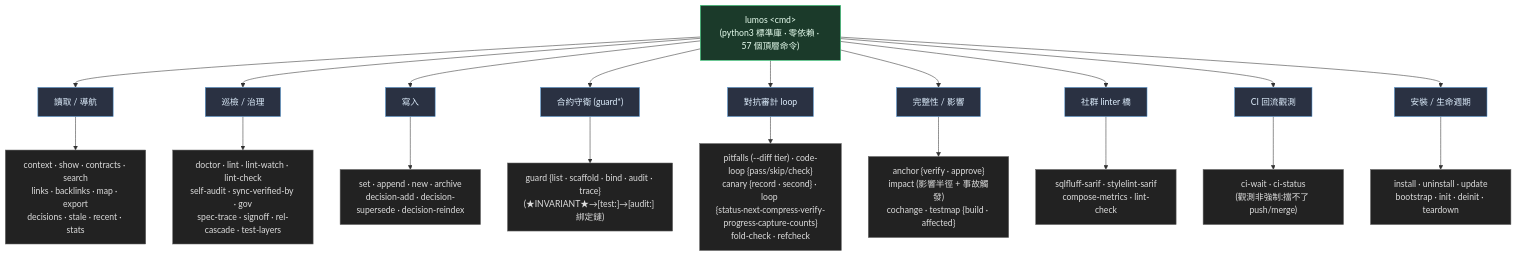
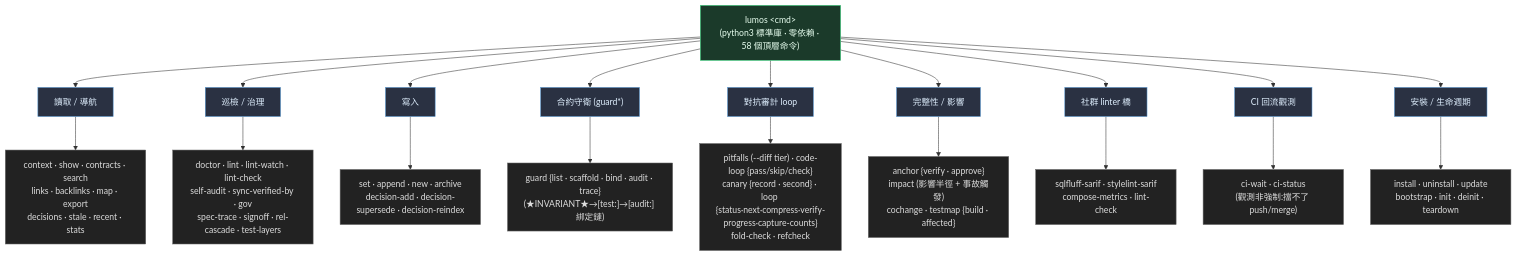
The third of 4 diagrams in ARCHITECTURE.md (EnzoHsieh-Android/Lumos), drawn with Mermaid before and after one commit. The commit also changed other lines of this file and 8 other files, not shown here.

````diff
--- a/ARCHITECTURE.md
+++ b/ARCHITECTURE.md
@@ -99,31 +99,31 @@
 ```mermaid
 flowchart TB
-    ROOT["lumos &lt;cmd&gt;<br/>(python3 標準庫 · 零依賴 · 57 個頂層命令)"]
+    ROOT["lumos &lt;cmd&gt;<br/>(python3 標準庫 · 零依賴 · 58 個頂層命令)"]
 
     ROOT --> READ["讀取 / 導航"]
     ROOT --> HEALTH["巡檢 / 治理"]
     ROOT --> WRITE["寫入"]
     ROOT --> GUARD["合約守衛 (guard*)"]
     ROOT --> LOOP["對抗審計 loop"]
     ROOT --> INTEG["完整性 / 影響"]
     ROOT --> SARIF["社群 linter 橋"]
     ROOT --> CI["CI 回流觀測"]
     ROOT --> LIFE["安裝 / 生命週期"]
 
     READ --> R["context · show · contracts · search<br/>links · backlinks · map · export<br/>decisions · stale · recent · stats"]
     HEALTH --> H["doctor · lint · lint-watch · lint-check<br/>self-audit · sync-verified-by · gov<br/>spec-trace · signoff · rel-cascade · test-layers"]
     CI --> C["ci-wait · ci-status<br/>(觀測非強制:擋不了 push/merge)"]
     WRITE --> W["set · append · new · archive<br/>decision-add · decision-supersede · decision-reindex"]
     GUARD --> G["guard {list · scaffold · bind · audit · trace}<br/>(★INVARIANT★→[test:]→[audit:] 綁定鏈)"]
     LOOP --> LP["pitfalls (--diff tier) · code-loop {pass/skip/check}<br/>canary {record · second} · loop {status·next·compress·verify-progress·capture-counts}<br/>fold-check · refcheck"]
     INTEG --> I["anchor {verify · approve}<br/>impact (影響半徑 + 事故觸發)<br/>cochange · testmap {build · affected}"]
     SARIF --> ST["sqlfluff-sarif · stylelint-sarif<br/>compose-metrics · lint-check"]
     LIFE --> L["install · uninstall · update<br/>bootstrap · init · deinit · teardown"]
 
     classDef root fill:#1b3a2a,stroke:#3ddc84,color:#e8fff0
     classDef cat fill:#2a3142,stroke:#5a9bd6,color:#e0f0ff
     classDef leaf fill:#222,stroke:#666,color:#ddd
     class ROOT root
     class READ,HEALTH,WRITE,GUARD,LOOP,INTEG,SARIF,CI,LIFE cat
     class R,H,W,G,LP,I,ST,C,L leaf
 ```
````
